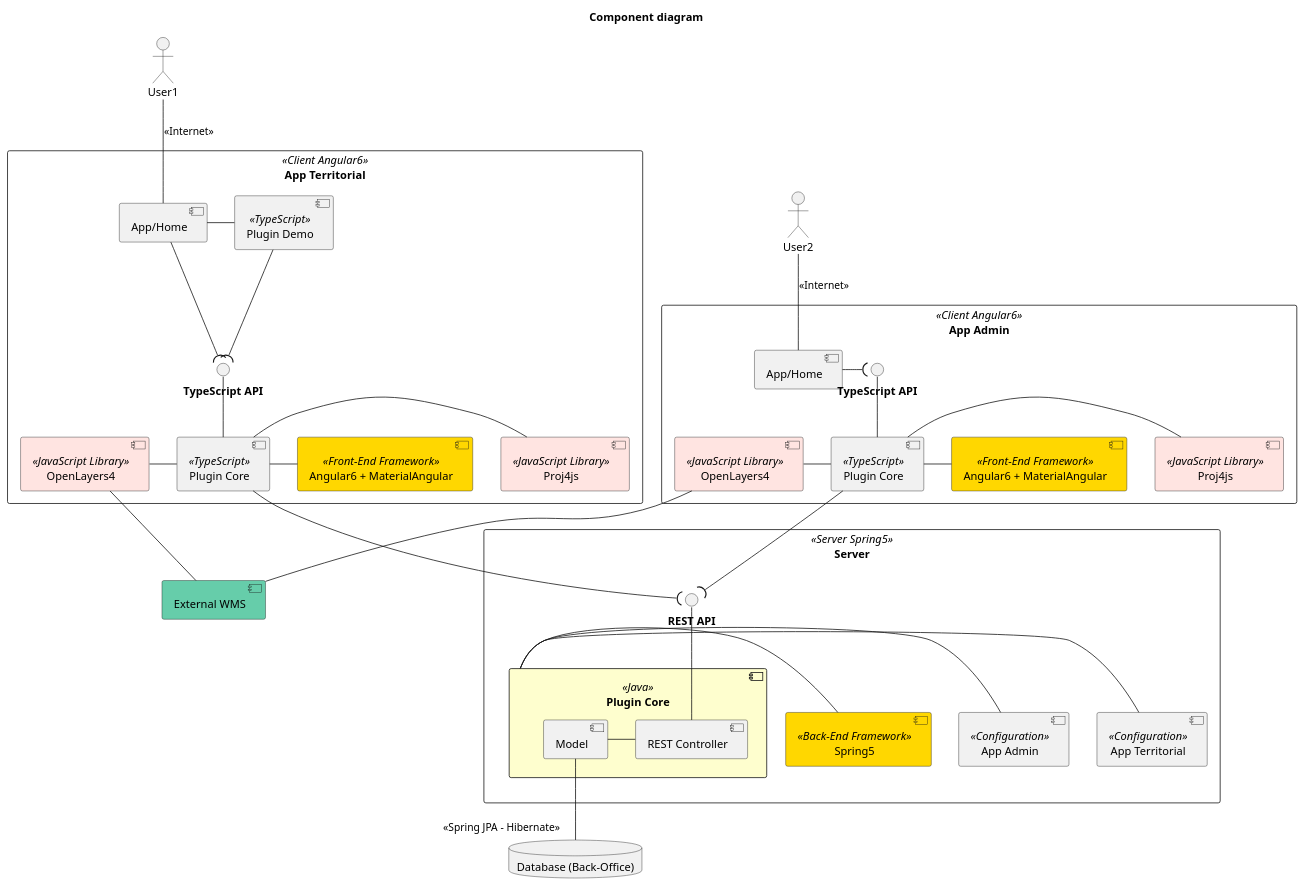
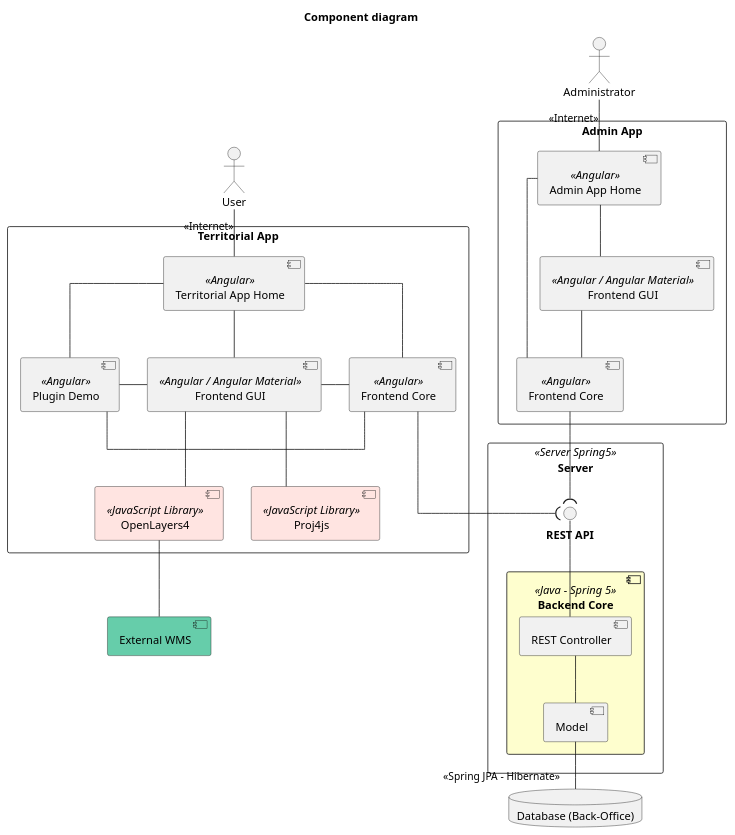
The diagram in doc/components.puml (sitmun/community), drawn with PlantUML before and after one commit.

Commit message:
Updated components diagram

```diff
--- a/doc/components.puml
+++ b/doc/components.puml
@@ -1,82 +1,73 @@
 @startuml
 
 skinparam componentStyle uml2
 skinparam component {
     backgroundColor<<JavaScript Library>> MistyRose
     backgroundcolor<<Java Library>> LightSkyBlue
 }
+skinparam linetype ortho
 
 
 title Component diagram
 
-rectangle "App Admin" as admin <<Client Angular6>> {
-        [App/Home] as ah
-        [Plugin Core] <<TypeScript>> as pc
-        interface "**TypeScript API**" as tsapi
-        pc -up- tsapi
-        [OpenLayers4] <<JavaScript Library>> as ol
-        [Proj4js] <<JavaScript Library>> as p4js
-        [Angular6 + MaterialAngular] <<Front-End Framework>> as a6 #Gold
-        
-        ah -( tsapi
-        pc -left- ol
-        pc - p4js
-        pc - a6
+rectangle "Admin App" as admin {
+        [Admin App Home] <<Angular>> as ah
+        [Frontend Core] <<Angular>> as fc
+        [Frontend GUI] <<Angular / Angular Material>> as fg
+        ah - fc
+        ah -down- fg
+        fc -up- fg
 }
 
 
-rectangle "App Territorial" as territ <<Client Angular6>> {
-        [App/Home] as ah1
-        [Plugin Core] <<TypeScript>> as pc1
-        interface "**TypeScript API**" as tsapi1
-        pc1 -up- tsapi1
+rectangle "Territorial App" as territ {
+        [Territorial App Home] <<Angular>> as ah1
+        [Frontend Core] <<Angular>> as fc1
+        [Frontend GUI] <<Angular / Angular Material>> as fg1
         [OpenLayers4] <<JavaScript Library>> as ol1
         [Proj4js] <<JavaScript Library>> as p4js1
-        component "Plugin Demo" <<TypeScript>> as pd
-        [Angular6 + MaterialAngular] <<Front-End Framework>> as a61 #Gold
+        component "Plugin Demo" <<Angular>> as pd
+    
         
-        pc1 -left- ol1
-        pc1 - p4js1
-        pc1 - a61
-        ah1 -( tsapi1
-        pd -down-( tsapi1
-        ah1 - pd
+        fg1 -down- ol1
+        fg1 -down- p4js1
+        fg1 - fc1
+        ah1 - fc1
+        ah1 - fg1
+        ah1 -down- pd
+        
+        pd - fg1
+        pd - fc1
 }
 
     
 rectangle "Server" as server <<Server Spring5>> {
-        component "Plugin Core" <<Java>> as pcs #FEFECE {
+        component "Backend Core" <<Java - Spring 5>> as pcs #FEFECE {
             [REST Controller] as rest
             [Model] as model
         }
         interface "**REST API**" as api
-        component "App Territorial" <<Configuration>> as atc
-        component "App Admin" <<Configuration>> as aac
-        [Spring5] <<Back-End Framework>> as s5 #Gold
-        atc -left- pcs
-        aac -left- pcs
-        s5 - pcs
+
 }
 
 [External WMS] as wms #MediumAquaMarine
-ol -down- wms
 ol1 -down- wms
 
 
 database "Database (Back-Office)" as db{
 }
 
 
-:User1:
-:User2:
+:User:
+:Administrator:
 
-User1 -down- ah1 : <<Internet>>
-User2 -down- ah : <<Internet>>
-pc -down-( api
-pc1 -down-( api
+User -down- ah1 : <<Internet>>
+Administrator -down- ah : <<Internet>>
+fc -down-( api
+fc1 -down-( api
 api -down- rest
-rest -left- model
+rest -down- model
 model -down- "<<Spring JPA - Hibernate>>" db
 
 
 @enduml
```
